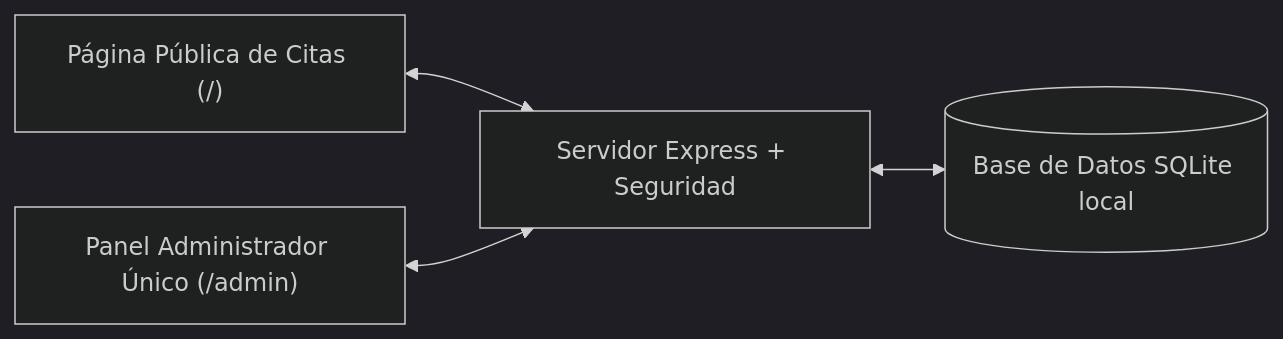
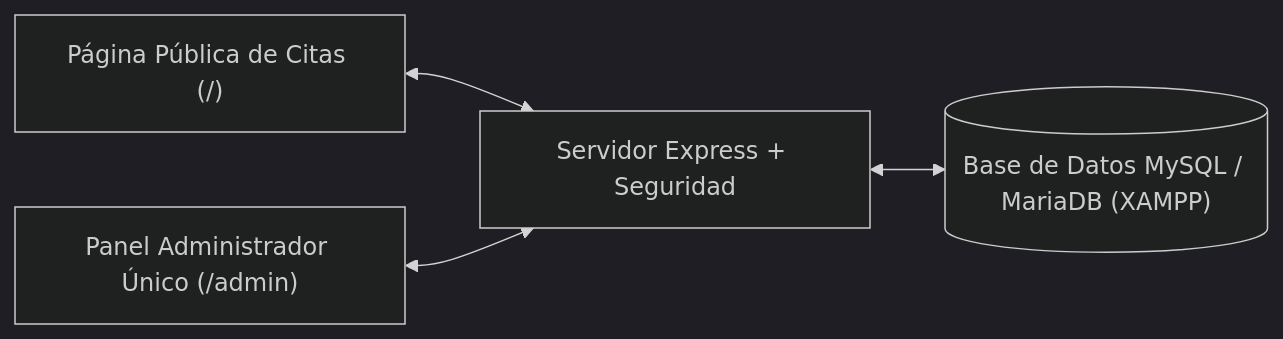
One commit to hugolicapu/Hospital-Peque-as-Especies- changed the diagram in README.md. Above: the diagram before and after it, drawn with Mermaid (dark theme). The commit also changed other lines of this file and 17 other files, not shown here.

Commit message:
feat(db): conectar backend a MySQL/MariaDB de XAMPP con adaptador unificado

````diff
--- a/README.md
+++ b/README.md
@@ -13,6 +13,6 @@
 ```mermaid
 flowchart LR
     Publico["Página Pública de Citas (/)"] <--> API["Servidor Express + Seguridad"]
     Admin["Panel Administrador Único (/admin)"] <--> API
-    API <--> DB[("Base de Datos SQLite local")]
+    API <--> DB[("Base de Datos MySQL / MariaDB (XAMPP)")]
 ```
````
